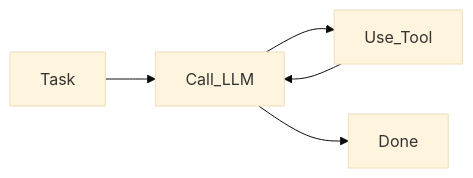
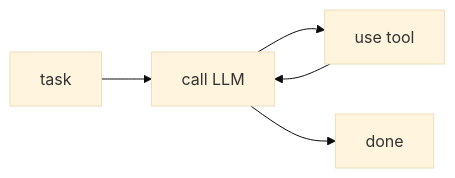
The first of 2 diagrams in docs/docs/intro.md (lgrammel/js-agent), drawn with Mermaid (base theme) before and after one commit. The commit also changed other lines of this file and 1 other file, not shown here.

Commit message:
Add first page of wikipedia QA tutorial. Improve diagram labels.

````diff
--- a/docs/docs/intro.md
+++ b/docs/docs/intro.md
@@ -15,7 +15,13 @@
 ```mermaid
 graph LR;
-    Task-->Call_LLM;
-    Call_LLM-->Use_Tool;
-    Call_LLM-->Done;
-    Use_Tool-->Call_LLM;
+
+TASK["task"];
+CALL_LLM["call LLM"];
+USE_TOOL["use tool"];
+DONE["done"];
+
+TASK-->CALL_LLM;
+CALL_LLM-->USE_TOOL;
+CALL_LLM-->DONE;
+USE_TOOL-->CALL_LLM;
 ```
````
